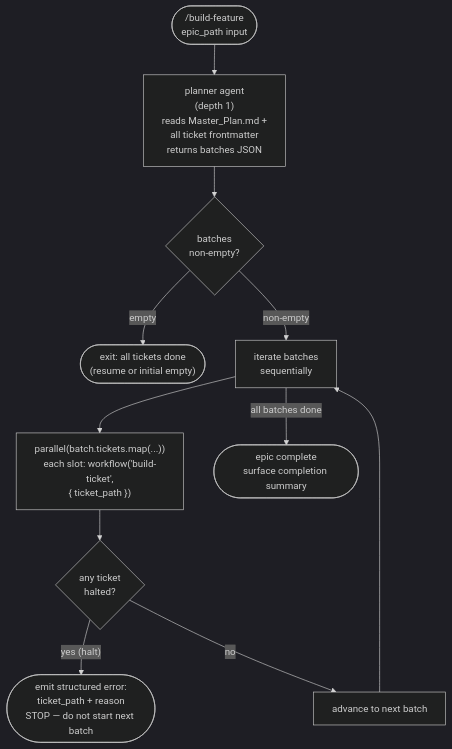
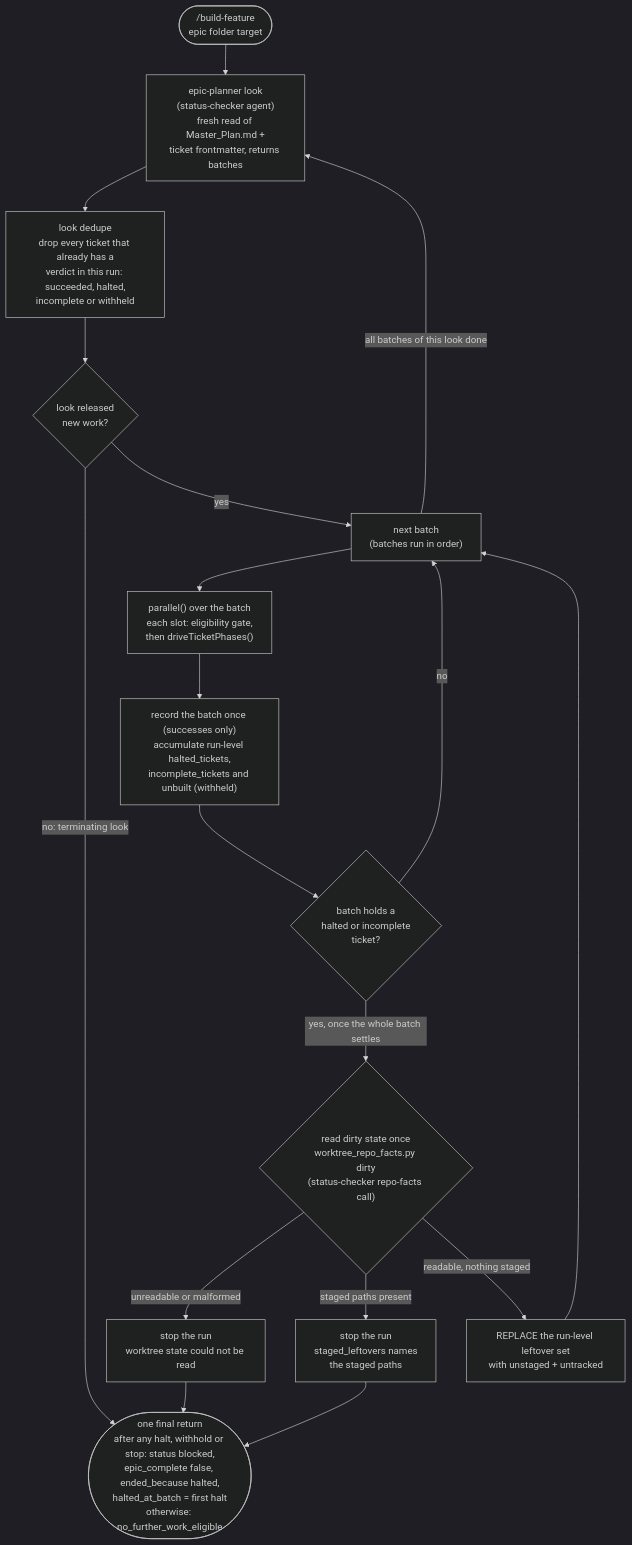
The first of 2 diagrams in docs/architecture/components/build-epic-workflow-dispatch.md (urlmonitor/leafcutter-ai), drawn with Mermaid (dark theme) before and after one commit. The commit also changed other lines of this file and 7 other files, not shown here.

First line of the commit message:
fix(build-orchestration): continue an epic run past a halted ticket

````diff
--- a/docs/architecture/components/build-epic-workflow-dispatch.md
+++ b/docs/architecture/components/build-epic-workflow-dispatch.md
@@ -41,24 +51,34 @@
 ```mermaid
 flowchart TD
-    input(["/build-feature<br/>epic_path input"])
-    planner["planner agent<br/>(depth 1)<br/>reads Master_Plan.md +<br/>all ticket frontmatter<br/>returns batches JSON"]
-    check{"batches<br/>non-empty?"}
-    exit_clean(["exit: all tickets done<br/>(resume or initial empty)"])
-    batch_loop["iterate batches<br/>sequentially"]
-    parallel_dispatch["parallel(batch.tickets.map(...))<br/>each slot: workflow('build-ticket',<br/>{ ticket_path })"]
-    batch_results{"any ticket<br/>halted?"}
-    surface_halt(["emit structured error:<br/>ticket_path + reason<br/>STOP — do not start next batch"])
-    next_batch["advance to next batch"]
-    all_done(["epic complete<br/>surface completion summary"])
+    input(["/build-feature<br/>epic folder target"])
+    planner["epic-planner look<br/>(status-checker agent)<br/>fresh read of Master_Plan.md +<br/>ticket frontmatter, returns batches"]
+    dedupe["look dedupe<br/>drop every ticket that already has a<br/>verdict in this run: succeeded, halted,<br/>incomplete or withheld"]
+    released{"look released<br/>new work?"}
+    batch_loop["next batch<br/>(batches run in order)"]
+    parallel_dispatch["parallel() over the batch<br/>each slot: eligibility gate,<br/>then driveTicketPhases()"]
+    accumulate["record the batch once (successes only)<br/>accumulate run-level halted_tickets,<br/>incomplete_tickets and unbuilt (withheld)"]
+    batch_results{"batch holds a<br/>halted or incomplete<br/>ticket?"}
+    dirty_read{"read dirty state once<br/>worktree_repo_facts.py dirty<br/>(status-checker repo-facts call)"}
+    stop_unreadable["stop the run<br/>worktree state could not be read"]
+    stop_staged["stop the run<br/>staged_leftovers names<br/>the staged paths"]
+    replace_leftovers["REPLACE the run-level leftover set<br/>with unstaged + untracked"]
+    final_return(["one final return<br/>after any halt, withhold or stop: status blocked,<br/>epic_complete false, ended_because halted,<br/>halted_at_batch = first halt<br/>otherwise: no_further_work_eligible"])
 
     input --> planner
-    planner --> check
-    check -- "empty" --> exit_clean
-    check -- "non-empty" --> batch_loop
+    planner --> dedupe
+    dedupe --> released
+    released -- "no: terminating look" --> final_return
+    released -- "yes" --> batch_loop
     batch_loop --> parallel_dispatch
-    parallel_dispatch --> batch_results
-    batch_results -- "yes (halt)" --> surface_halt
-    batch_results -- "no" --> next_batch
-    next_batch --> batch_loop
-    batch_loop -- "all batches done" --> all_done
+    parallel_dispatch --> accumulate
+    accumulate --> batch_results
+    batch_results -- "no" --> batch_loop
+    batch_results -- "yes, once the whole batch settles" --> dirty_read
+    dirty_read -- "unreadable or malformed" --> stop_unreadable
+    dirty_read -- "staged paths present" --> stop_staged
+    dirty_read -- "readable, nothing staged" --> replace_leftovers
+    replace_leftovers --> batch_loop
+    batch_loop -- "all batches of this look done" --> planner
+    stop_unreadable --> final_return
+    stop_staged --> final_return
 ```
````
